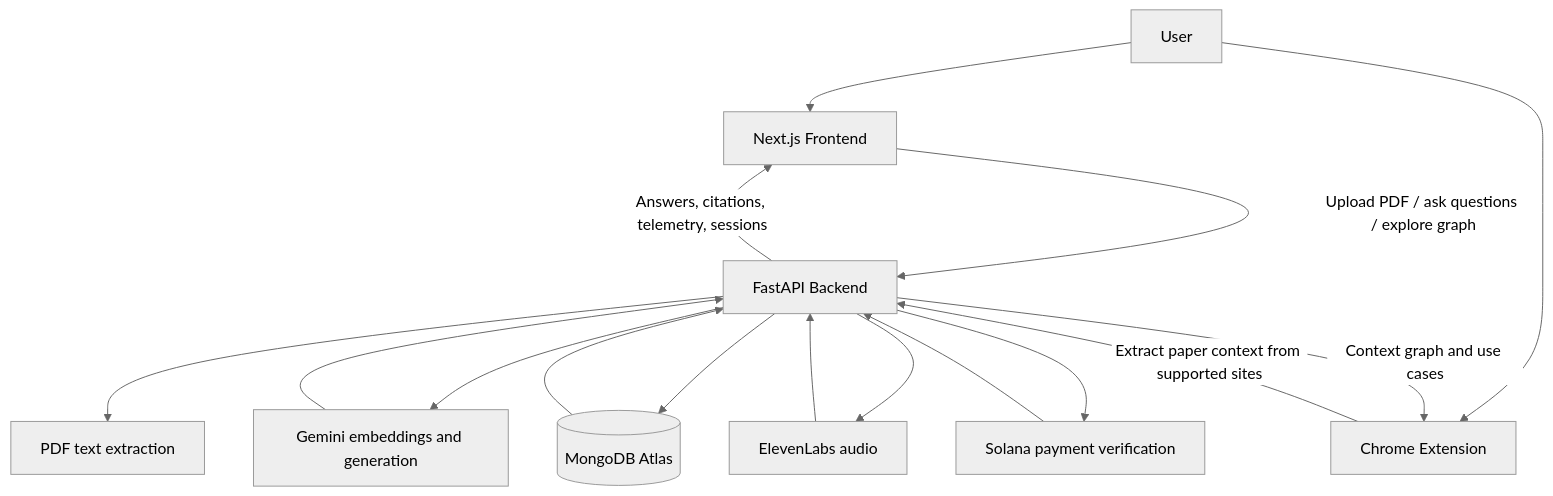
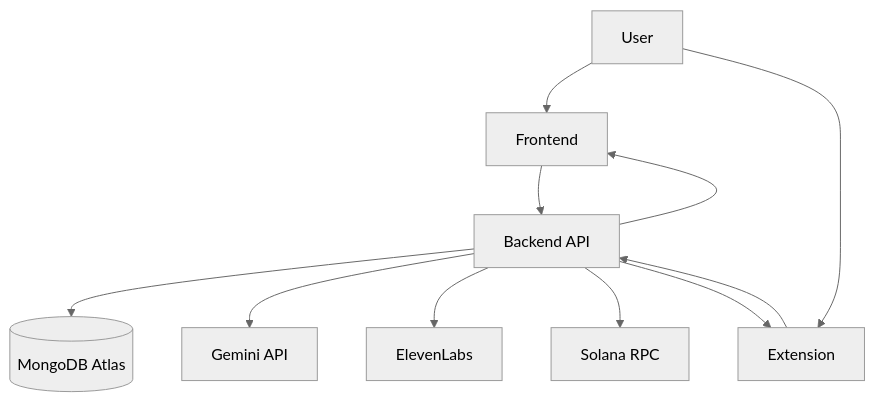
The diagram in README.md (Sansh28/HackCU_12-), drawn with Mermaid (neutral theme) before and after one commit. The commit also changed other lines of this file and 115 other files, not shown here.

````diff
--- a/README.md
+++ b/README.md
@@ -13,22 +25,13 @@
 ```mermaid
 flowchart TD
-    U[User] --> F[Next.js Frontend]
-    U --> E[Chrome Extension]
-
-    F -->|Upload PDF / ask questions / explore graph| B[FastAPI Backend]
-    E -->|Extract paper context from supported sites| B
-
-    B --> P[PDF text extraction]
-    B --> G[Gemini embeddings and generation]
+    U[User] --> F[Frontend]
+    U --> E[Extension]
+    F --> B[Backend API]
+    E --> B
     B --> M[(MongoDB Atlas)]
-    B --> T[ElevenLabs audio]
-    B --> S[Solana payment verification]
-
-    M --> B
-    G --> B
-    T --> B
-    S --> B
-
-    B -->|Answers, citations, telemetry, sessions| F
-    B -->|Context graph and use cases| E
+    B --> G[Gemini API]
+    B --> T[ElevenLabs]
+    B --> S[Solana RPC]
+    B --> F
+    B --> E
 ```
````
